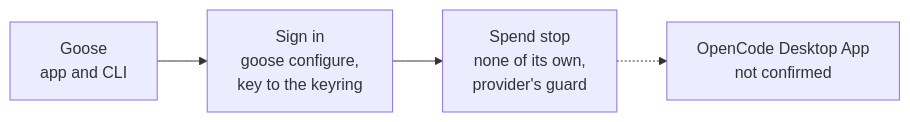
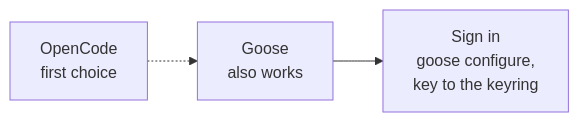
The diagram in guides/goose.md (SoulCraft-Org/compute-crafter), drawn with Mermaid before and after one commit. The commit also changed other lines of this file and 6 other files, not shown here.

First line of the commit message:
Make OpenCode first, Zed and Goose secondary (#336)

````diff
--- a/guides/goose.md
+++ b/guides/goose.md
@@ -5,5 +5,5 @@
 ```mermaid
 flowchart LR
-  P[Goose<br/>app and CLI] --> S[Sign in<br/>goose configure,<br/>key to the keyring] --> G[Spend stop<br/>none of its own,<br/>provider's guard]
-  G -.-> O[OpenCode Desktop App<br/>not confirmed]
+  O[OpenCode<br/>first choice] -.-> P[Goose<br/>also works]
+  P --> S[Sign in<br/>goose configure,<br/>key to the keyring]
 ```
````
